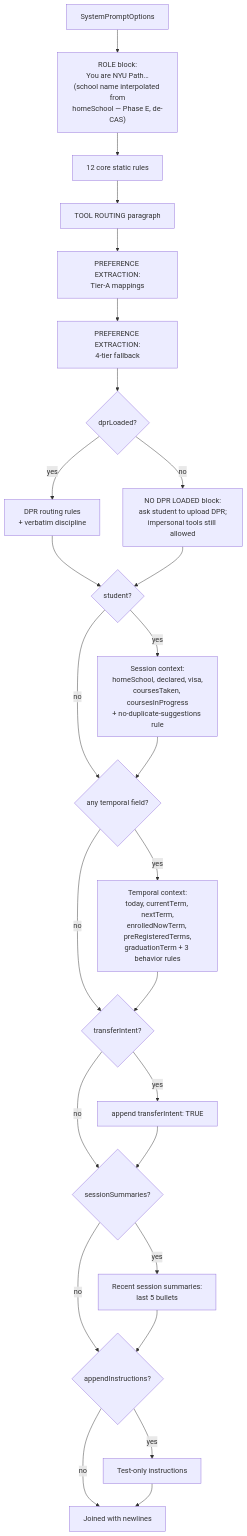
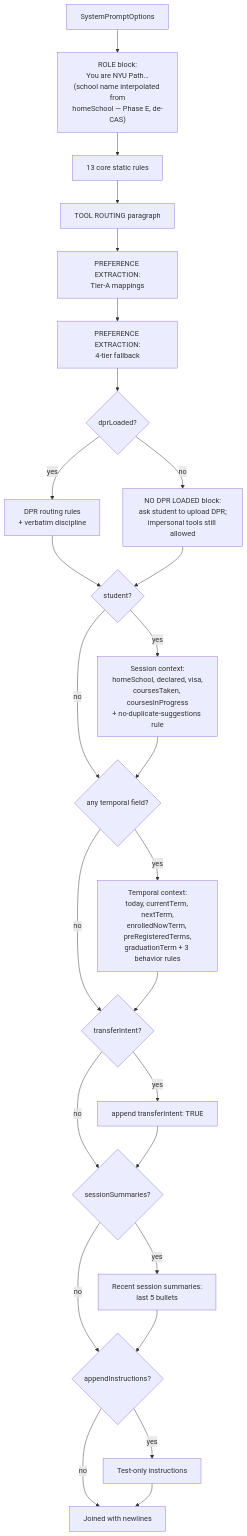
The second of 2 diagrams in Docs/current-system/engine/system-prompt.md (EdoardoMongardi/NYU_Path), drawn with Mermaid before and after one commit. The commit also changed other lines of this file and 1 other file, not shown here.

First line of the commit message:
docs(current-system): add proactive-elicitation detector + CORE RULE 13 (D7.1)

````diff
--- a/Docs/current-system/engine/system-prompt.md
+++ b/Docs/current-system/engine/system-prompt.md
@@ -242,28 +244,28 @@
 ```mermaid
 flowchart TD
     OPTS[SystemPromptOptions] --> ROLE["ROLE block:<br/>You are NYU Path…<br/>(school name interpolated from<br/>homeSchool — Phase E, de-CAS)"]
-    ROLE --> CORE[12 core static rules]
+    ROLE --> CORE[13 core static rules]
     CORE --> ROUT[TOOL ROUTING paragraph]
     ROUT --> PREF[PREFERENCE EXTRACTION:<br/>Tier-A mappings]
     PREF --> TIER[PREFERENCE EXTRACTION:<br/>4-tier fallback]
     TIER --> DPR{dprLoaded?}
     DPR -->|yes| DPRBLOCK[DPR routing rules<br/>+ verbatim discipline]
     DPR -->|no| NODPR[NO DPR LOADED block:<br/>ask student to upload DPR;<br/>impersonal tools still allowed]
     DPRBLOCK --> STU{student?}
     NODPR --> STU
     STU -->|yes| STUBLOCK[Session context:<br/>homeSchool, declared, visa,<br/>coursesTaken, coursesInProgress<br/>+ no-duplicate-suggestions rule]
     STU -->|no| TMP
     STUBLOCK --> TMP{any temporal field?}
     TMP -->|yes| TMPBLOCK[Temporal context:<br/>today, currentTerm, nextTerm,<br/>enrolledNowTerm, preRegisteredTerms,<br/>graduationTerm + 3 behavior rules]
     TMP -->|no| TR
     TMPBLOCK --> TR{transferIntent?}
     TR -->|yes| TRLINE[append transferIntent: TRUE]
     TR -->|no| SUM
     TRLINE --> SUM{sessionSummaries?}
     SUM -->|yes| SUMBLOCK[Recent session summaries:<br/>last 5 bullets]
     SUM -->|no| AP
     SUMBLOCK --> AP{appendInstructions?}
     AP -->|yes| APBLOCK[Test-only instructions]
     AP -->|no| DONE
     APBLOCK --> DONE[Joined with newlines]
 ```
````
